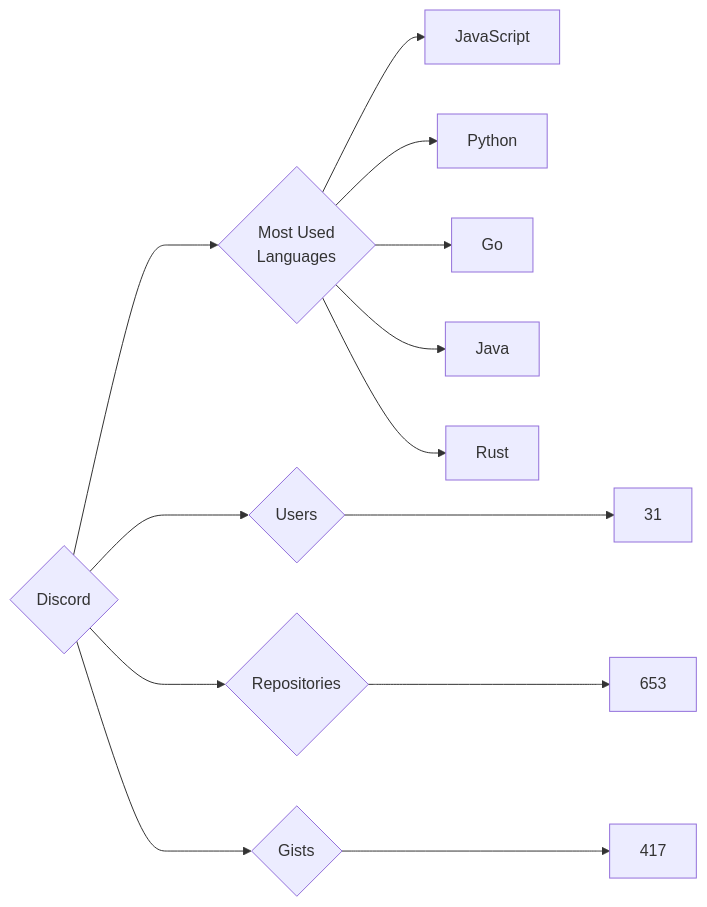
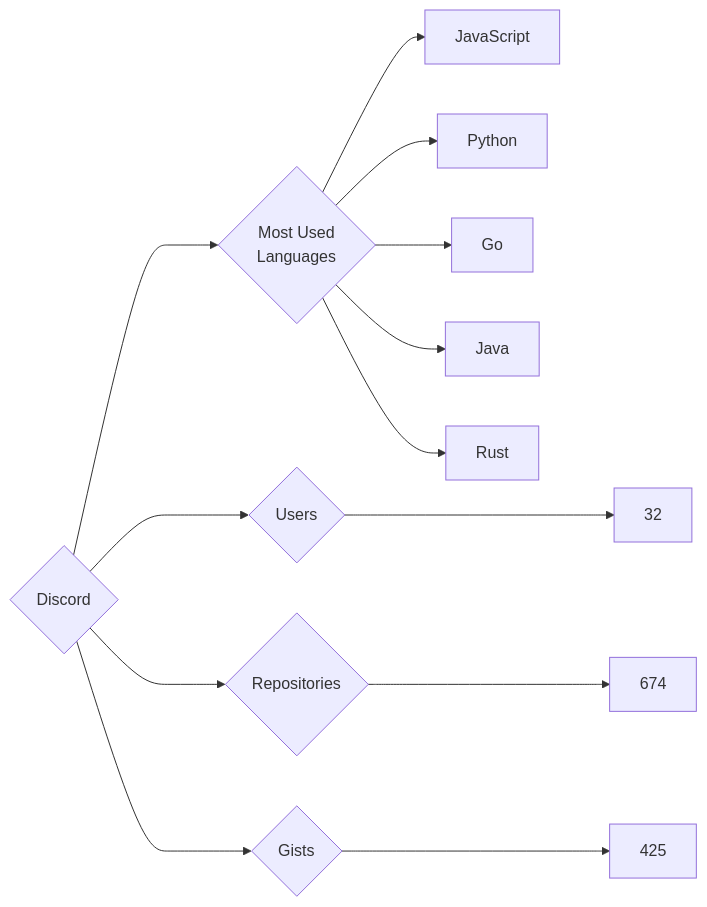
The diagram in targets/Discord/README.md (trickest/insiders), drawn with Mermaid before and after one commit. The commit also changed 745 other files, not shown here.

````diff
--- a/targets/Discord/README.md
+++ b/targets/Discord/README.md
@@ -3,13 +3,13 @@
 ```mermaid
 graph LR
 COMPANY_NAME{Discord}
-COMPANY_NAME ---> U{Users} ---> UN[31]
-COMPANY_NAME ---> R{Repositories} ---> RN[653]
-COMPANY_NAME ---> G{Gists} ---> GN[417]
+COMPANY_NAME ---> U{Users} ---> UN[32]
+COMPANY_NAME ---> R{Repositories} ---> RN[674]
+COMPANY_NAME ---> G{Gists} ---> GN[425]
 COMPANY_NAME ---> ML{Most Used<br>Languages}
 ML --> JavaScript[JavaScript]
 ML --> Python[Python]
 ML --> Go[Go]
 ML --> Java[Java]
 ML --> Rust[Rust]
 ```
````
